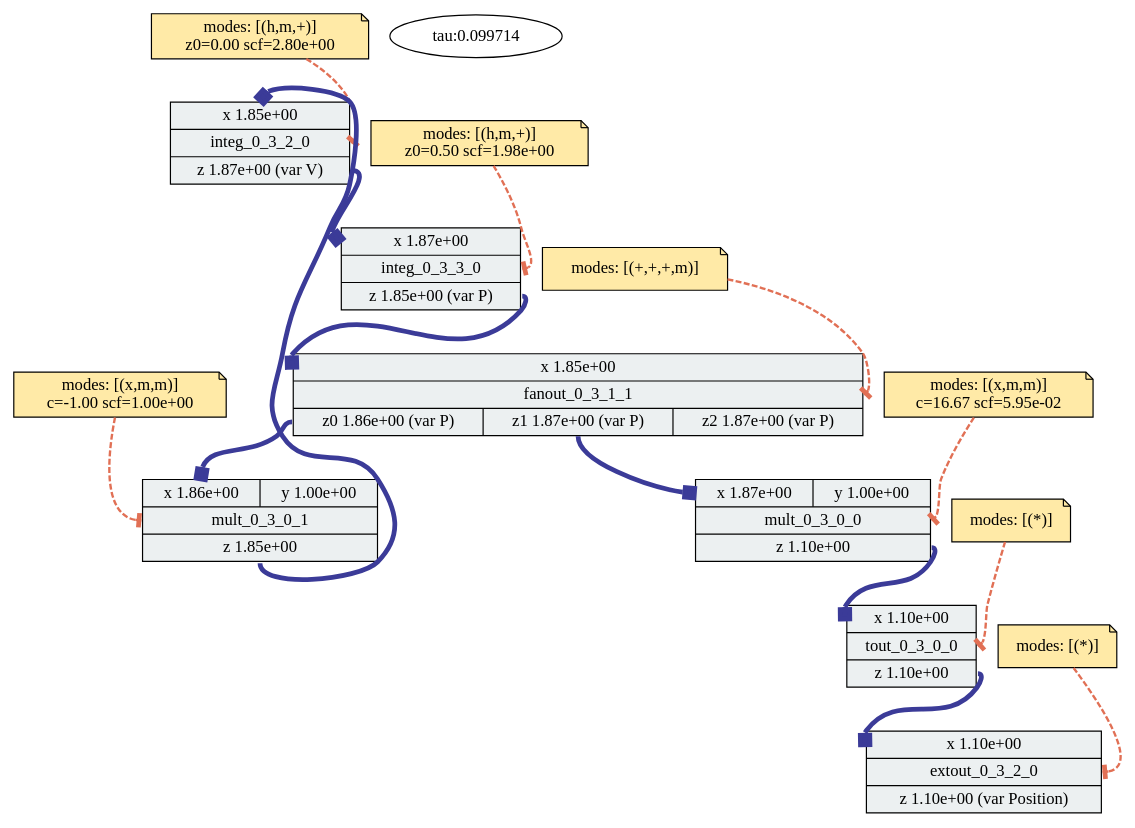
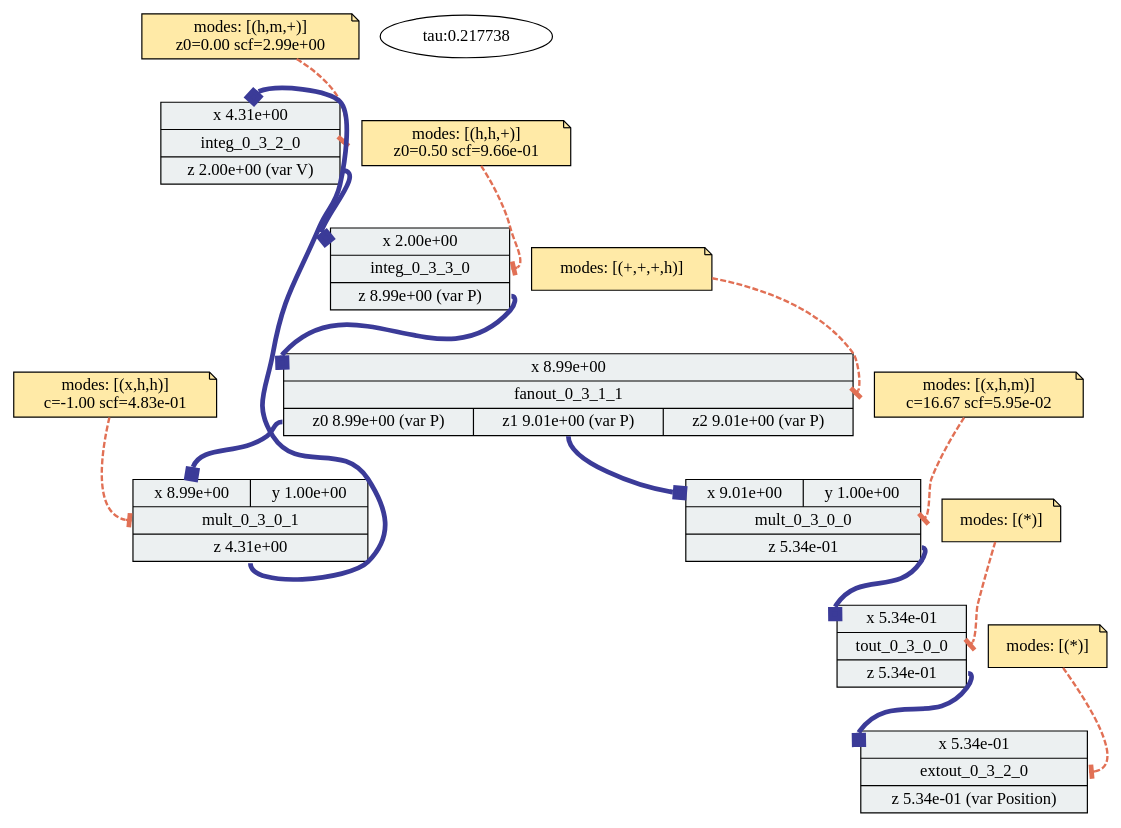
Before and after one commit to sarachour/hcdc-characterization-data: the diagram in c2/outputs/legno/unrestricted/cos/lscale-diag/cos_g2_s7_phys_qty_best_c2.dot, drawn with Graphviz. The commit also changed 268 other files, not shown here.

```diff
--- a/c2/outputs/legno/unrestricted/cos/lscale-diag/cos_g2_s7_phys_qty_best_c2.dot
+++ b/c2/outputs/legno/unrestricted/cos/lscale-diag/cos_g2_s7_phys_qty_best_c2.dot
@@ -1,67 +1,67 @@
 digraph "adp-viz" {
 	graph [overlap=false splines=true]
 	shape=record
 	integ_0_3_2_0 [label="{{<x> x
- 1.85e+00} |<block> integ_0_3_2_0| {<z> z
- 1.87e+00
+ 4.31e+00} |<block> integ_0_3_2_0| {<z> z
+ 2.00e+00
  (var V)}}" fillcolor="#ecf0f1" shape=record style=filled]
 	"integ_0_3_2_0-config" [label="\modes: [(h,m,+)]
-z0=0.00 scf=2.80e+00" fillcolor="#ffeaa7" shape=note style=filled]
+z0=0.00 scf=2.99e+00" fillcolor="#ffeaa7" shape=note style=filled]
 	"integ_0_3_2_0-config" -> integ_0_3_2_0:block [arrowhead=tee arrowtail=normal color="#e17055" penwidth=2 style=dashed]
 	shape=record
 	integ_0_3_3_0 [label="{{<x> x
- 1.87e+00} |<block> integ_0_3_3_0| {<z> z
- 1.85e+00
+ 2.00e+00} |<block> integ_0_3_3_0| {<z> z
+ 8.99e+00
  (var P)}}" fillcolor="#ecf0f1" shape=record style=filled]
-	"integ_0_3_3_0-config" [label="\modes: [(h,m,+)]
-z0=0.50 scf=1.98e+00" fillcolor="#ffeaa7" shape=note style=filled]
+	"integ_0_3_3_0-config" [label="\modes: [(h,h,+)]
+z0=0.50 scf=9.66e-01" fillcolor="#ffeaa7" shape=note style=filled]
 	"integ_0_3_3_0-config" -> integ_0_3_3_0:block [arrowhead=tee arrowtail=normal color="#e17055" penwidth=2 style=dashed]
 	shape=record
 	mult_0_3_0_1 [label="{{<x> x
- 1.86e+00|<y> y
+ 8.99e+00|<y> y
  1.00e+00} |<block> mult_0_3_0_1| {<z> z
- 1.85e+00}}" fillcolor="#ecf0f1" shape=record style=filled]
-	"mult_0_3_0_1-config" [label="\modes: [(x,m,m)]
-c=-1.00 scf=1.00e+00" fillcolor="#ffeaa7" shape=note style=filled]
+ 4.31e+00}}" fillcolor="#ecf0f1" shape=record style=filled]
+	"mult_0_3_0_1-config" [label="\modes: [(x,h,h)]
+c=-1.00 scf=4.83e-01" fillcolor="#ffeaa7" shape=note style=filled]
 	"mult_0_3_0_1-config" -> mult_0_3_0_1:block [arrowhead=tee arrowtail=normal color="#e17055" penwidth=2 style=dashed]
 	shape=record
 	mult_0_3_0_0 [label="{{<x> x
- 1.87e+00|<y> y
+ 9.01e+00|<y> y
  1.00e+00} |<block> mult_0_3_0_0| {<z> z
- 1.10e+00}}" fillcolor="#ecf0f1" shape=record style=filled]
-	"mult_0_3_0_0-config" [label="\modes: [(x,m,m)]
+ 5.34e-01}}" fillcolor="#ecf0f1" shape=record style=filled]
+	"mult_0_3_0_0-config" [label="\modes: [(x,h,m)]
 c=16.67 scf=5.95e-02" fillcolor="#ffeaa7" shape=note style=filled]
 	"mult_0_3_0_0-config" -> mult_0_3_0_0:block [arrowhead=tee arrowtail=normal color="#e17055" penwidth=2 style=dashed]
 	shape=record
 	extout_0_3_2_0 [label="{{<x> x
- 1.10e+00} |<block> extout_0_3_2_0| {<z> z
- 1.10e+00
+ 5.34e-01} |<block> extout_0_3_2_0| {<z> z
+ 5.34e-01
  (var Position)}}" fillcolor="#ecf0f1" shape=record style=filled]
 	"extout_0_3_2_0-config" [label="\modes: [(*)]" fillcolor="#ffeaa7" shape=note style=filled]
 	"extout_0_3_2_0-config" -> extout_0_3_2_0:block [arrowhead=tee arrowtail=normal color="#e17055" penwidth=2 style=dashed]
 	shape=record
 	fanout_0_3_1_1 [label="{{<x> x
- 1.85e+00} |<block> fanout_0_3_1_1| {<z0> z0
- 1.86e+00
+ 8.99e+00} |<block> fanout_0_3_1_1| {<z0> z0
+ 8.99e+00
  (var P)|<z1> z1
- 1.87e+00
+ 9.01e+00
  (var P)|<z2> z2
- 1.87e+00
+ 9.01e+00
  (var P)}}" fillcolor="#ecf0f1" shape=record style=filled]
-	"fanout_0_3_1_1-config" [label="\modes: [(+,+,+,m)]" fillcolor="#ffeaa7" shape=note style=filled]
+	"fanout_0_3_1_1-config" [label="\modes: [(+,+,+,h)]" fillcolor="#ffeaa7" shape=note style=filled]
 	"fanout_0_3_1_1-config" -> fanout_0_3_1_1:block [arrowhead=tee arrowtail=normal color="#e17055" penwidth=2 style=dashed]
 	shape=record
 	tout_0_3_0_0 [label="{{<x> x
- 1.10e+00} |<block> tout_0_3_0_0| {<z> z
- 1.10e+00}}" fillcolor="#ecf0f1" shape=record style=filled]
+ 5.34e-01} |<block> tout_0_3_0_0| {<z> z
+ 5.34e-01}}" fillcolor="#ecf0f1" shape=record style=filled]
 	"tout_0_3_0_0-config" [label="\modes: [(*)]" fillcolor="#ffeaa7" shape=note style=filled]
 	"tout_0_3_0_0-config" -> tout_0_3_0_0:block [arrowhead=tee arrowtail=normal color="#e17055" penwidth=2 style=dashed]
 	mult_0_3_0_1:z -> integ_0_3_2_0:x [arrowhead=box arrowtail=normal color="#3B3B98" penwidth=4]
 	mult_0_3_0_0:z -> tout_0_3_0_0:x [arrowhead=box arrowtail=normal color="#3B3B98" penwidth=4]
 	tout_0_3_0_0:z -> extout_0_3_2_0:x [arrowhead=box arrowtail=normal color="#3B3B98" penwidth=4]
 	integ_0_3_3_0:z -> fanout_0_3_1_1:x [arrowhead=box arrowtail=normal color="#3B3B98" penwidth=4]
 	fanout_0_3_1_1:z0 -> mult_0_3_0_1:x [arrowhead=box arrowtail=normal color="#3B3B98" penwidth=4]
 	fanout_0_3_1_1:z1 -> mult_0_3_0_0:x [arrowhead=box arrowtail=normal color="#3B3B98" penwidth=4]
 	integ_0_3_2_0:z -> integ_0_3_3_0:x [arrowhead=box arrowtail=normal color="#3B3B98" penwidth=4]
-	time_const [label="tau:0.099714"]
+	time_const [label="tau:0.217738"]
 }
```
